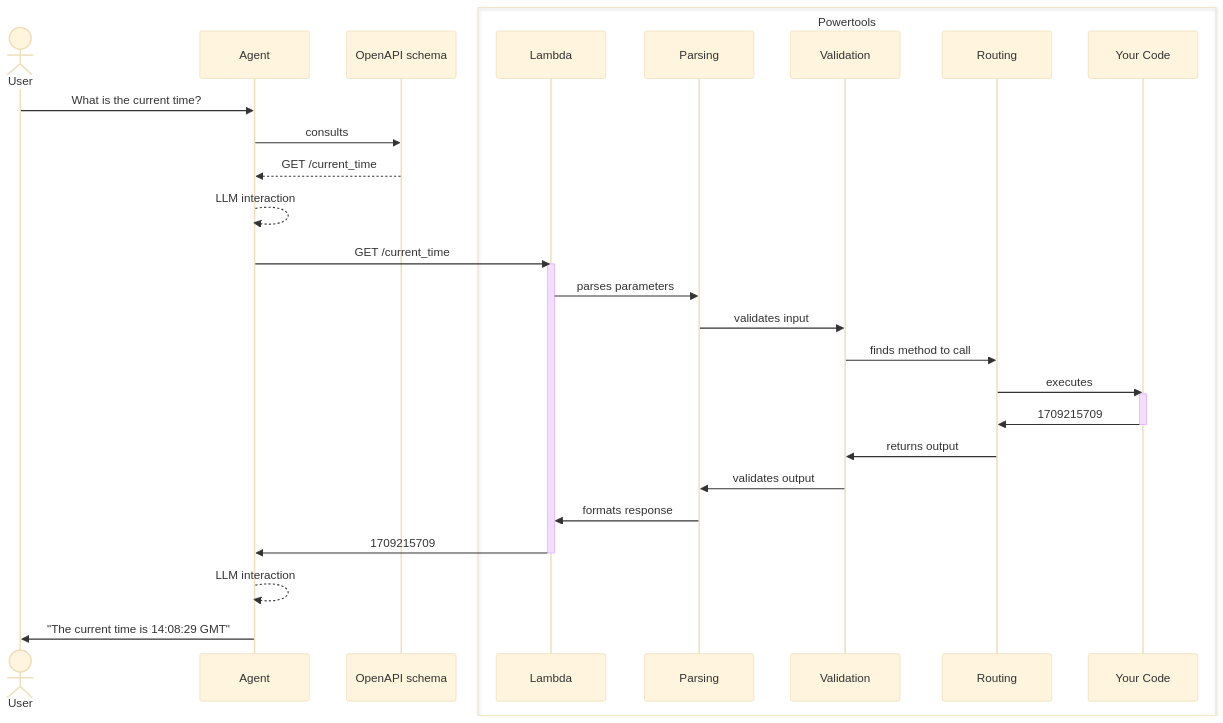
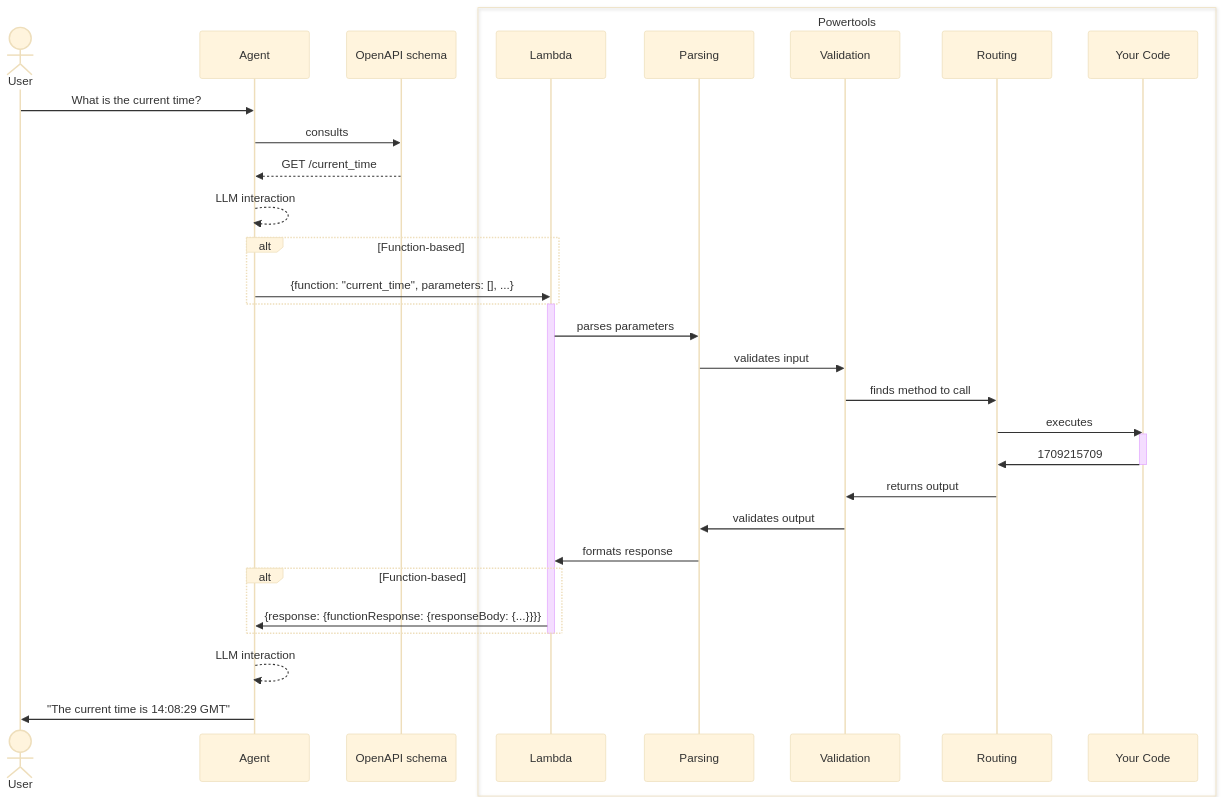
One commit to aws-powertools/powertools-lambda-python changed the diagram in docs/core/event_handler/bedrock_agents_getting_started.mermaid. Above: the diagram before and after it, drawn with Mermaid (base theme). The commit also changed 15 other files, not shown here.

```diff
--- a/docs/core/event_handler/bedrock_agents_getting_started.mermaid
+++ b/docs/core/event_handler/bedrock_agents_getting_started.mermaid
@@ -1,33 +1,39 @@
 sequenceDiagram
     actor User
 
     User->>Agent: What is the current time?
     Agent->>OpenAPI schema: consults
     OpenAPI schema-->>Agent: GET /current_time
     Agent-->>Agent: LLM interaction
 
     box Powertools
         participant Lambda
         participant Parsing
         participant Validation
         participant Routing
         participant Your Code
     end
 
-    Agent->>Lambda: GET /current_time
+    alt Function-based
+        Agent->>Lambda: {function: "current_time", parameters: [], ...}
+    end
+
     activate Lambda
     Lambda->>Parsing: parses parameters
     Parsing->>Validation: validates input
     Validation->>Routing: finds method to call
     Routing->>Your Code: executes
     activate Your Code
     Your Code->>Routing: 1709215709
     deactivate Your Code
     Routing->>Validation: returns output
     Validation->>Parsing: validates output
     Parsing->>Lambda: formats response
-    Lambda->>Agent: 1709215709
+
+    alt Function-based
+        Lambda->>Agent: {response: {functionResponse: {responseBody: {...}}}}
+    end
     deactivate Lambda
 
     Agent-->>Agent: LLM interaction
     Agent->>User: "The current time is 14:08:29 GMT"
```
